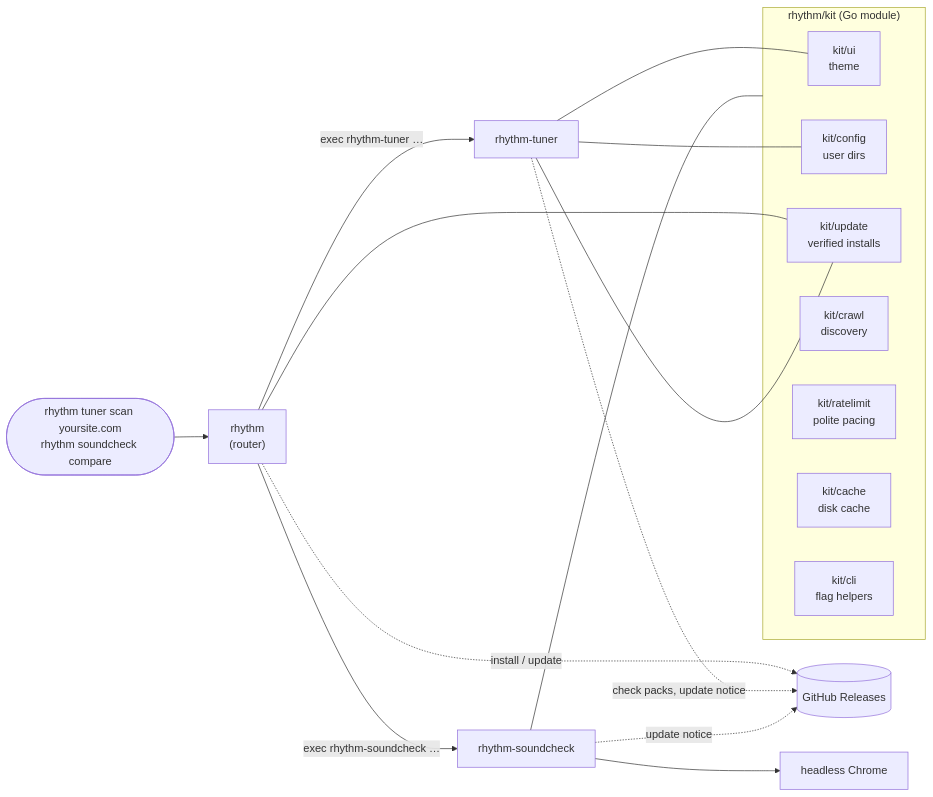
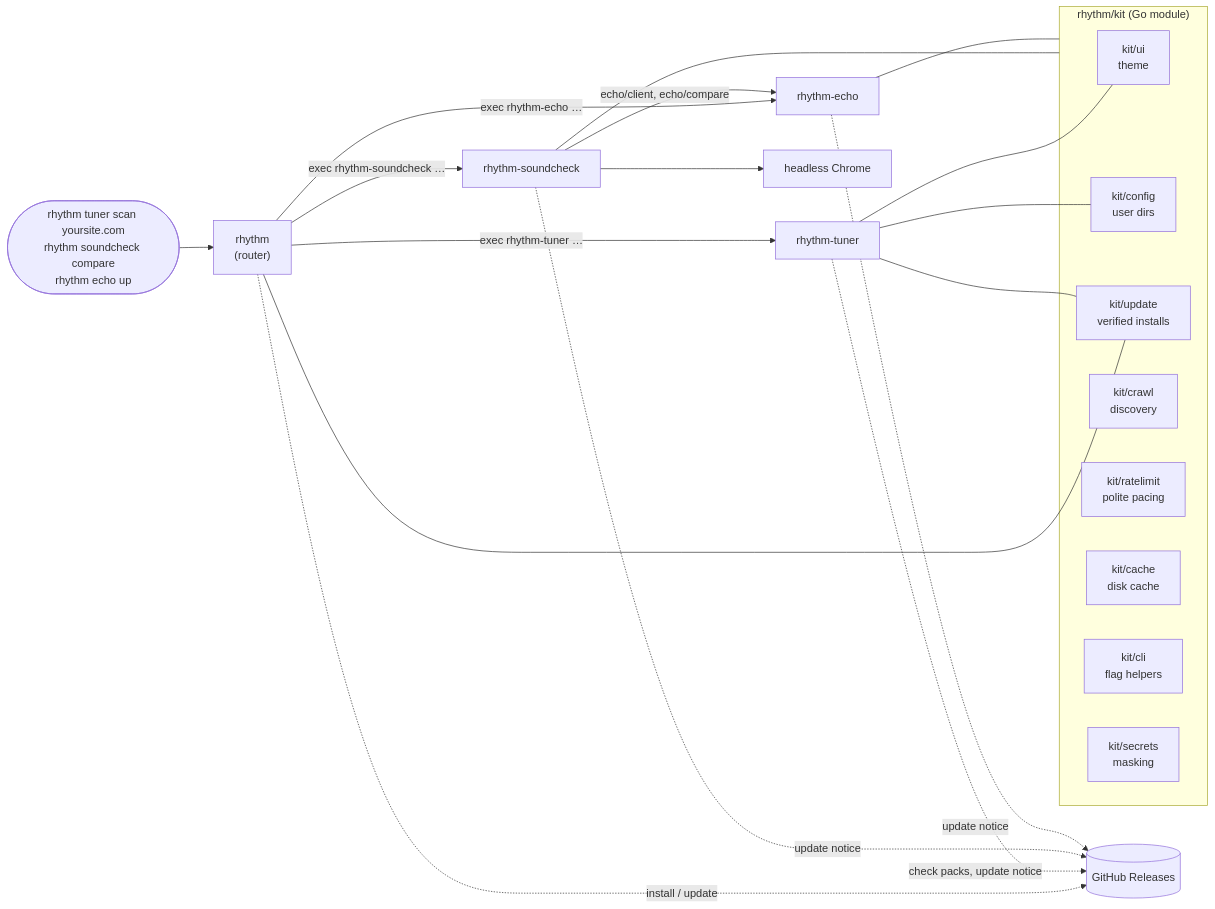
Before and after one commit to RhythmShahriar/rhythm: the first of 4 diagrams in wiki/Architecture.md, drawn with Mermaid. The commit also changed other lines of this file and 8 other files, not shown here.

````diff
--- a/wiki/Architecture.md
+++ b/wiki/Architecture.md
@@ -5,24 +5,29 @@
 ```mermaid
 flowchart LR
-  user(["rhythm tuner scan yoursite.com<br/>rhythm soundcheck compare"]) --> router["rhythm<br/>(router)"]
+  user(["rhythm tuner scan yoursite.com<br/>rhythm soundcheck compare<br/>rhythm echo up"]) --> router["rhythm<br/>(router)"]
   router -- "exec rhythm-tuner …" --> tuner["rhythm-tuner"]
   router -- "exec rhythm-soundcheck …" --> sc["rhythm-soundcheck"]
+  router -- "exec rhythm-echo …" --> echo["rhythm-echo"]
   router -. "install / update" .-> gh[("GitHub Releases")]
   tuner -. "check packs, update notice" .-> gh
   sc -. "update notice" .-> gh
+  echo -. "update notice" .-> gh
   sc --> chrome["headless Chrome"]
+  sc -- "echo/client, echo/compare" --> echo
   subgraph kit ["rhythm/kit (Go module)"]
     ui["kit/ui<br/>theme"]
     config["kit/config<br/>user dirs"]
     update["kit/update<br/>verified installs"]
     crawl["kit/crawl<br/>discovery"]
     rl["kit/ratelimit<br/>polite pacing"]
     cache["kit/cache<br/>disk cache"]
     cli["kit/cli<br/>flag helpers"]
+    secrets["kit/secrets<br/>masking"]
   end
   router --- update
   tuner --- ui
   tuner --- config
   tuner --- update
   sc --- kit
+  echo --- kit
 ```
````
